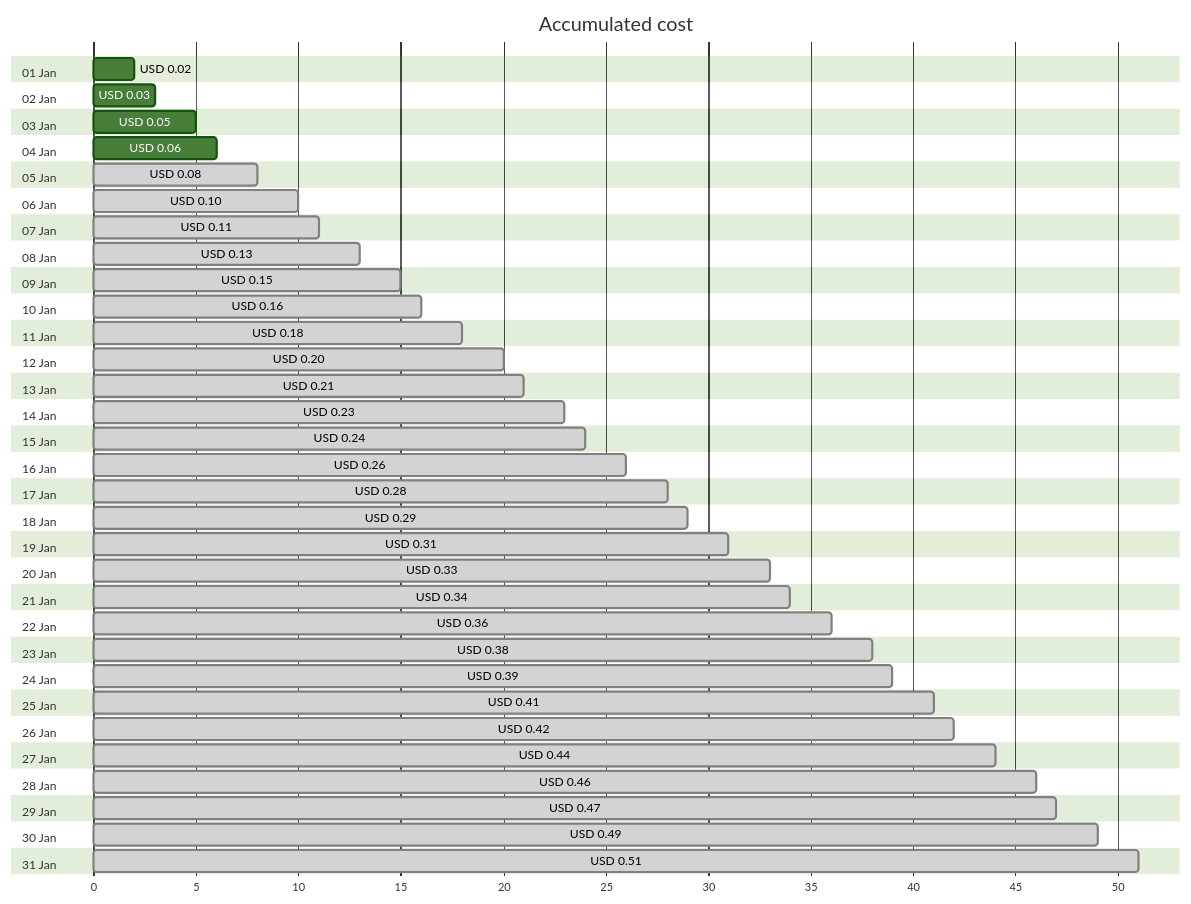
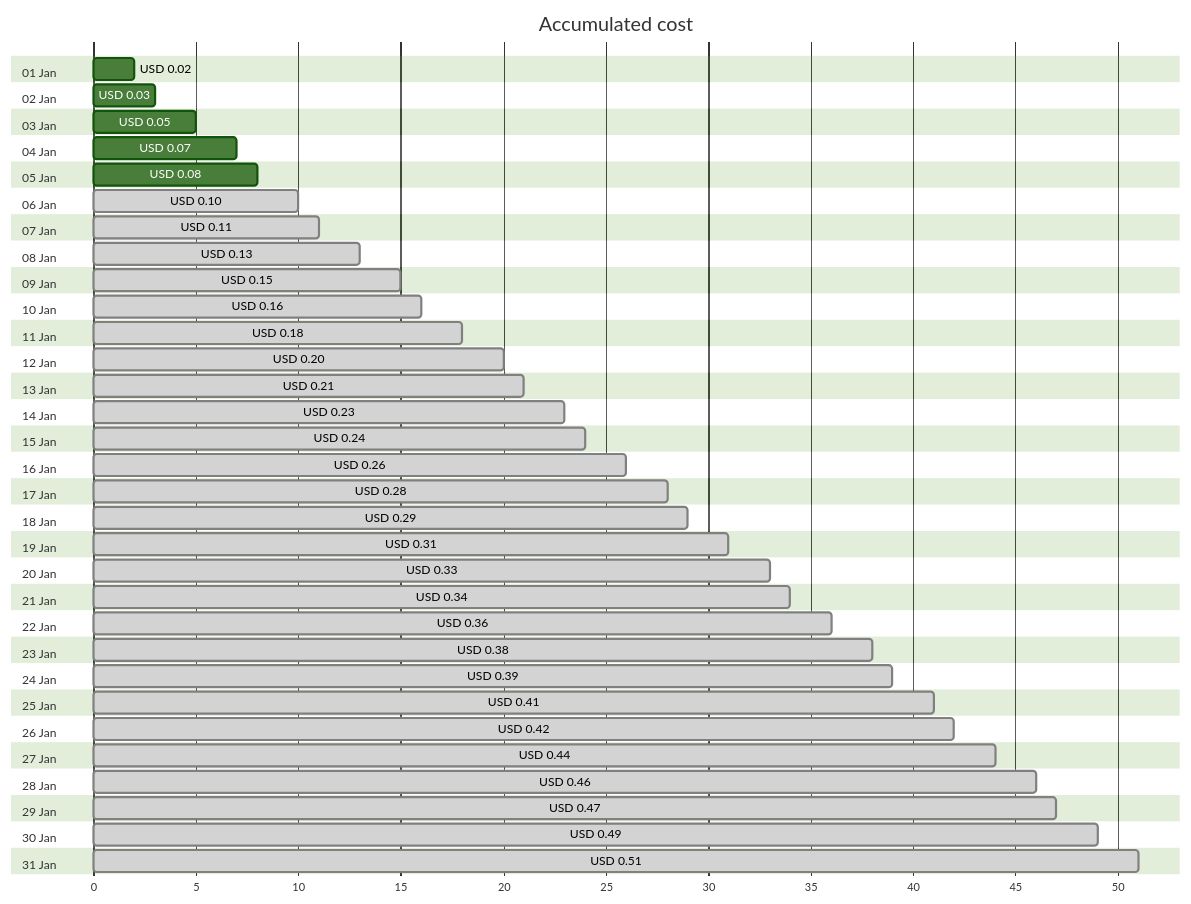
Before and after one commit to jpfulton/azure-personal-reports: the first of 4 diagrams in cost-reports/personal-dns/jpatrickfulton.dev.md, drawn with Mermaid (forest theme). The commit also changed other lines of this file and 2 other files, not shown here.

````diff
--- a/cost-reports/personal-dns/jpatrickfulton.dev.md
+++ b/cost-reports/personal-dns/jpatrickfulton.dev.md
@@ -20,68 +20,68 @@
 ```mermaid
 gantt
    title Accumulated cost
    dateFormat  X
    axisFormat %s
    section 01 Jan
    USD 0.02 :0, 2
    section 02 Jan
    USD 0.03 :0, 3
    section 03 Jan
    USD 0.05 :0, 5
    section 04 Jan
-   USD 0.06 :0, 6
+   USD 0.07 :0, 7
    section 05 Jan
-   USD 0.08 : done, 0, 8
+   USD 0.08 :0, 8
    section 06 Jan
    USD 0.10 : done, 0, 10
    section 07 Jan
    USD 0.11 : done, 0, 11
    section 08 Jan
    USD 0.13 : done, 0, 13
    section 09 Jan
    USD 0.15 : done, 0, 15
    section 10 Jan
    USD 0.16 : done, 0, 16
    section 11 Jan
    USD 0.18 : done, 0, 18
    section 12 Jan
    USD 0.20 : done, 0, 20
    section 13 Jan
    USD 0.21 : done, 0, 21
    section 14 Jan
    USD 0.23 : done, 0, 23
    section 15 Jan
    USD 0.24 : done, 0, 24
    section 16 Jan
    USD 0.26 : done, 0, 26
    section 17 Jan
    USD 0.28 : done, 0, 28
    section 18 Jan
    USD 0.29 : done, 0, 29
    section 19 Jan
    USD 0.31 : done, 0, 31
    section 20 Jan
    USD 0.33 : done, 0, 33
    section 21 Jan
    USD 0.34 : done, 0, 34
    section 22 Jan
    USD 0.36 : done, 0, 36
    section 23 Jan
    USD 0.38 : done, 0, 38
    section 24 Jan
    USD 0.39 : done, 0, 39
    section 25 Jan
    USD 0.41 : done, 0, 41
    section 26 Jan
    USD 0.42 : done, 0, 42
    section 27 Jan
    USD 0.44 : done, 0, 44
    section 28 Jan
    USD 0.46 : done, 0, 46
    section 29 Jan
    USD 0.47 : done, 0, 47
    section 30 Jan
    USD 0.49 : done, 0, 49
    section 31 Jan
    USD 0.51 : done, 0, 51
 ```
````
